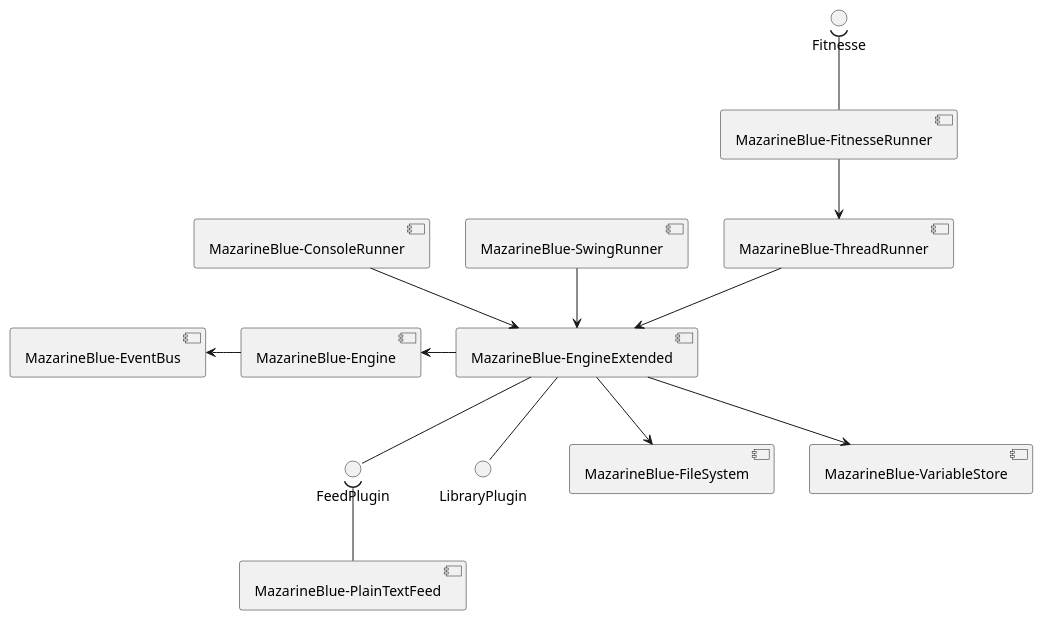
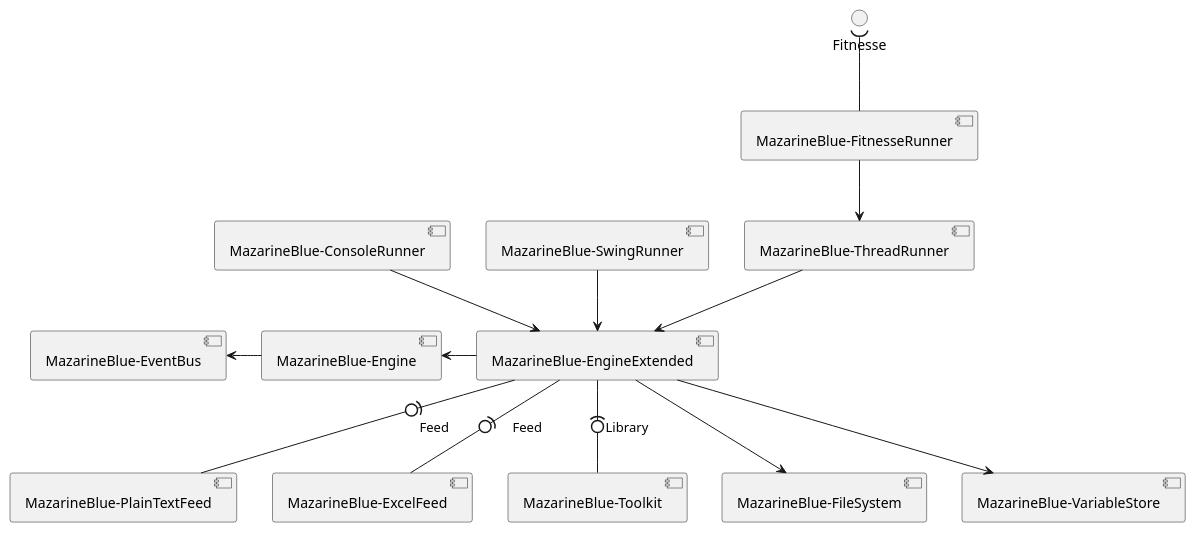
One commit to MazarineBlue/MazarineBlue changed the diagram in src/main/resources/Component Diagram - Core.puml. Above: the diagram before and after it, drawn with PlantUML. The commit also changed 858 other files, not shown here.

```diff
--- a/src/main/resources/Component Diagram - Core.puml
+++ b/src/main/resources/Component Diagram - Core.puml
@@ -1,18 +1,18 @@
 @startuml
 [MazarineBlue-EventBus] <- [MazarineBlue-Engine]
 [MazarineBlue-Engine] <- [MazarineBlue-EngineExtended]
 
-FeedPlugin )-- [MazarineBlue-PlainTextFeed]
-[MazarineBlue-EngineExtended] -- LibraryPlugin
-[MazarineBlue-EngineExtended] -- FeedPlugin
+[MazarineBlue-EngineExtended] -(0- [MazarineBlue-PlainTextFeed]: Feed
+[MazarineBlue-EngineExtended] -(0- [MazarineBlue-ExcelFeed]: Feed
+[MazarineBlue-EngineExtended] -(0- [MazarineBlue-Toolkit]: Library
 
 [MazarineBlue-EngineExtended] --> [MazarineBlue-FileSystem]
 [MazarineBlue-EngineExtended] --> [MazarineBlue-VariableStore]
 
 [MazarineBlue-ConsoleRunner] --> [MazarineBlue-EngineExtended]
 [MazarineBlue-SwingRunner] --> [MazarineBlue-EngineExtended]
 [MazarineBlue-ThreadRunner] --> [MazarineBlue-EngineExtended]
 [MazarineBlue-FitnesseRunner] --> [MazarineBlue-ThreadRunner]
 
 Fitnesse )-- [MazarineBlue-FitnesseRunner]
 @enduml
```
